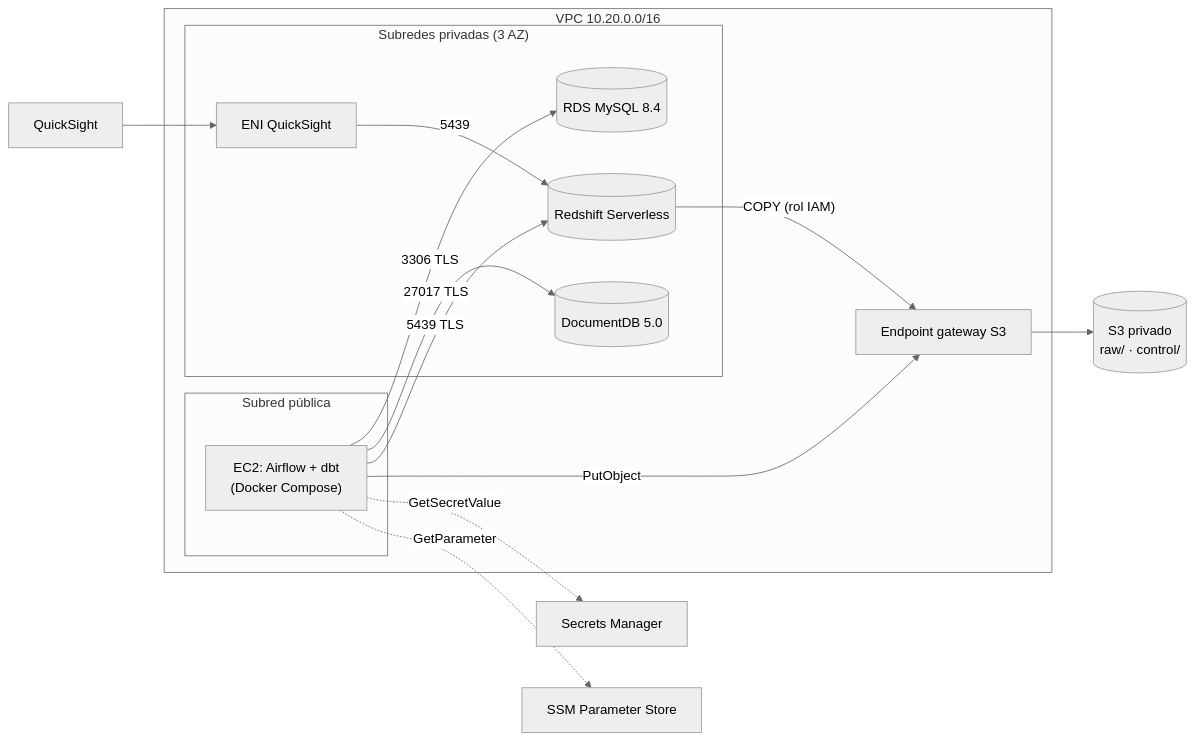
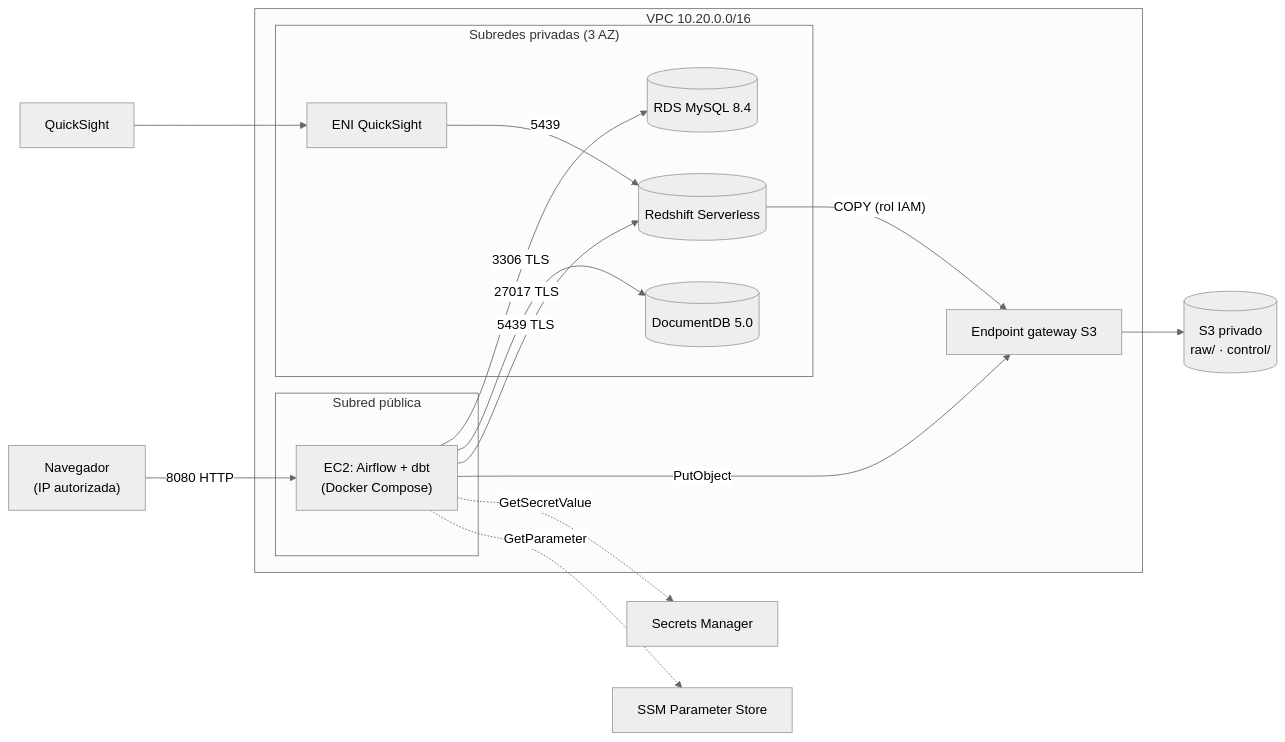
Before and after one commit to Dduquejh/Taller-DataWarehouse-DE-20262: the diagram in terraform/README.md, drawn with Mermaid (neutral theme). The commit also changed other lines of this file and 5 other files, not shown here.

````diff
--- a/terraform/README.md
+++ b/terraform/README.md
@@ -6,28 +9,30 @@
 ```mermaid
 flowchart LR
+    USER["Navegador<br/>(IP autorizada)"]
     subgraph VPC["VPC 10.20.0.0/16"]
       subgraph Pub["Subred pública"]
         EC2["EC2: Airflow + dbt<br/>(Docker Compose)"]
       end
       subgraph Priv["Subredes privadas (3 AZ)"]
         RDS[("RDS MySQL 8.4")]
         DOC[("DocumentDB 5.0")]
         RS[("Redshift Serverless")]
         QSENI["ENI QuickSight"]
       end
       S3EP["Endpoint gateway S3"]
     end
     S3[("S3 privado<br/>raw/ · control/")]
     SM["Secrets Manager"]
     SSM["SSM Parameter Store"]
     QS["QuickSight"]
 
+    USER -- "8080 HTTP" --> EC2
     EC2 -- 3306 TLS --> RDS
     EC2 -- 27017 TLS --> DOC
     EC2 -- 5439 TLS --> RS
     EC2 -- PutObject --> S3EP --> S3
     RS -- "COPY (rol IAM)" --> S3EP
     EC2 -. GetSecretValue .-> SM
     EC2 -. GetParameter .-> SSM
     QS --> QSENI -- 5439 --> RS
 ```
````
